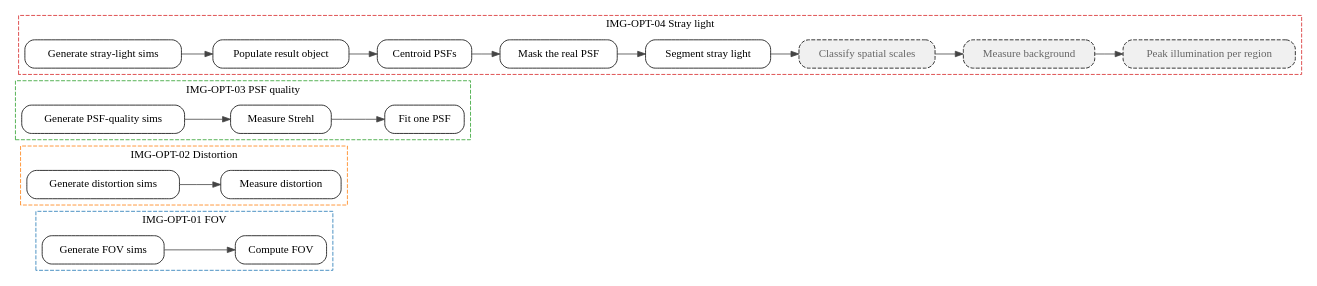
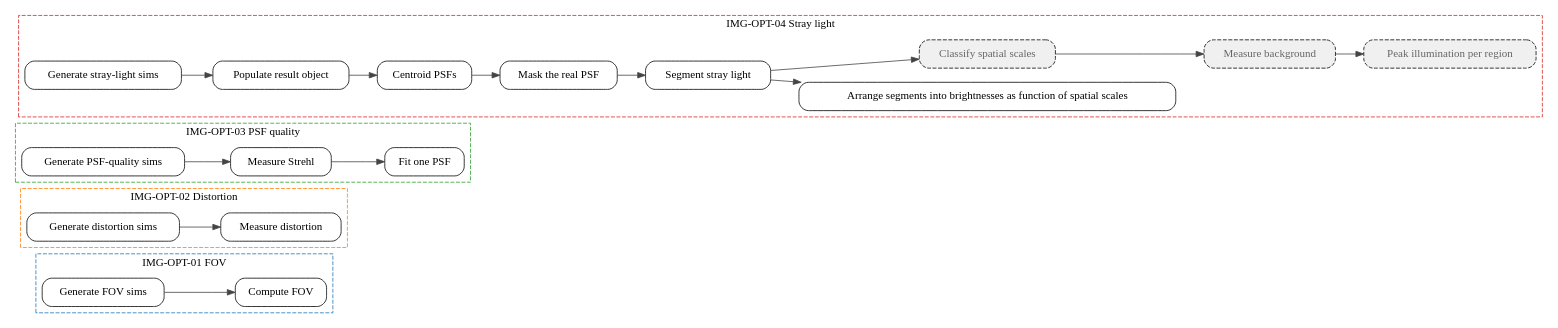
Before and after one commit to mwanakijiji/metis_work: the diagram in docs/uml/pipeline_flow.dot, drawn with Graphviz. The commit also changed 4 other files, not shown here.

```diff
--- a/docs/uml/pipeline_flow.dot
+++ b/docs/uml/pipeline_flow.dot
@@ -1,72 +1,75 @@
 digraph pipeline {
   rankdir=LR;
   node [shape=box, style="rounded,filled", fillcolor="white"];
   edge [color="#444444"];
 
   subgraph cluster_img_opt_01_fov {
     label="IMG-OPT-01 FOV";
     style="dashed";
     color="#1f77b4";
     generate_fov_sim;
     fov_calc;
   }
 
   subgraph cluster_img_opt_02_distortion {
     label="IMG-OPT-02 Distortion";
     style="dashed";
     color="#ff7f0e";
     generate_distortion_sim;
     image_distortion;
   }
 
   subgraph cluster_img_opt_03_psf_quality {
     label="IMG-OPT-03 PSF quality";
     style="dashed";
     color="#2ca02c";
     generate_psf_quality_sim;
     process_one_psf;
     strehl_psfs;
   }
 
   subgraph cluster_img_opt_04_stray_light {
     label="IMG-OPT-04 Stray light";
     style="dashed";
     color="#d62728";
     generate_stray_light_sim;
     populate_result_obj_info;
+    stray_light_brightness_spectrum;
     centroid_2passes_oversample;
     stray_light_segmentation;
     stray_light_mask_real;
     stray_light_spatial_scales;
     stray_light_background_measurement;
     stray_light_peak_illumination_per_region;
   }
 
   generate_fov_sim [label="Generate FOV sims"];
   generate_distortion_sim [label="Generate distortion sims"];
   generate_psf_quality_sim [label="Generate PSF-quality sims"];
   generate_stray_light_sim [label="Generate stray-light sims"];
   fov_calc [label="Compute FOV"];
   image_distortion [label="Measure distortion"];
   process_one_psf [label="Fit one PSF"];
   strehl_psfs [label="Measure Strehl"];
   populate_result_obj_info [label="Populate result object"];
+  stray_light_brightness_spectrum [label="Arrange segments into brightnesses as function of spatial scales"];
   centroid_2passes_oversample [label="Centroid PSFs"];
   stray_light_segmentation [label="Segment stray light"];
   stray_light_mask_real [label="Mask the real PSF"];
   stray_light_spatial_scales [label="Classify spatial scales", style="rounded,dashed,filled", fillcolor="#f0f0f0", fontcolor="#666666"];
   stray_light_background_measurement [label="Measure background", style="rounded,dashed,filled", fillcolor="#f0f0f0", fontcolor="#666666"];
   stray_light_peak_illumination_per_region [label="Peak illumination per region", style="rounded,dashed,filled", fillcolor="#f0f0f0", fontcolor="#666666"];
 
   generate_fov_sim -> fov_calc;
   generate_distortion_sim -> image_distortion;
   strehl_psfs -> process_one_psf;
   generate_psf_quality_sim -> strehl_psfs;
   generate_stray_light_sim -> populate_result_obj_info;
+  stray_light_segmentation -> stray_light_brightness_spectrum;
   populate_result_obj_info -> centroid_2passes_oversample;
   stray_light_mask_real -> stray_light_segmentation;
   centroid_2passes_oversample -> stray_light_mask_real;
   stray_light_segmentation -> stray_light_spatial_scales;
   stray_light_spatial_scales -> stray_light_background_measurement;
   stray_light_background_measurement -> stray_light_peak_illumination_per_region;
 }
```
